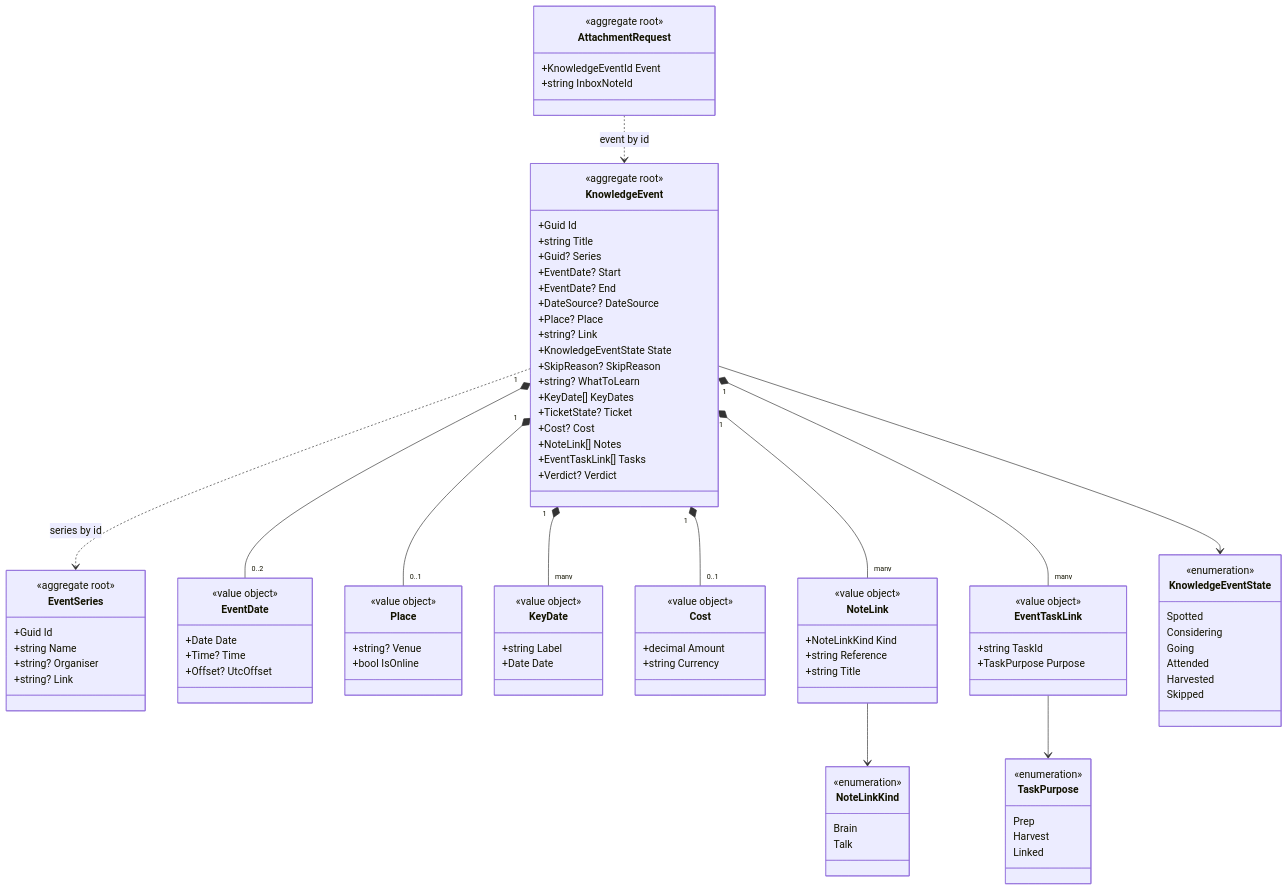
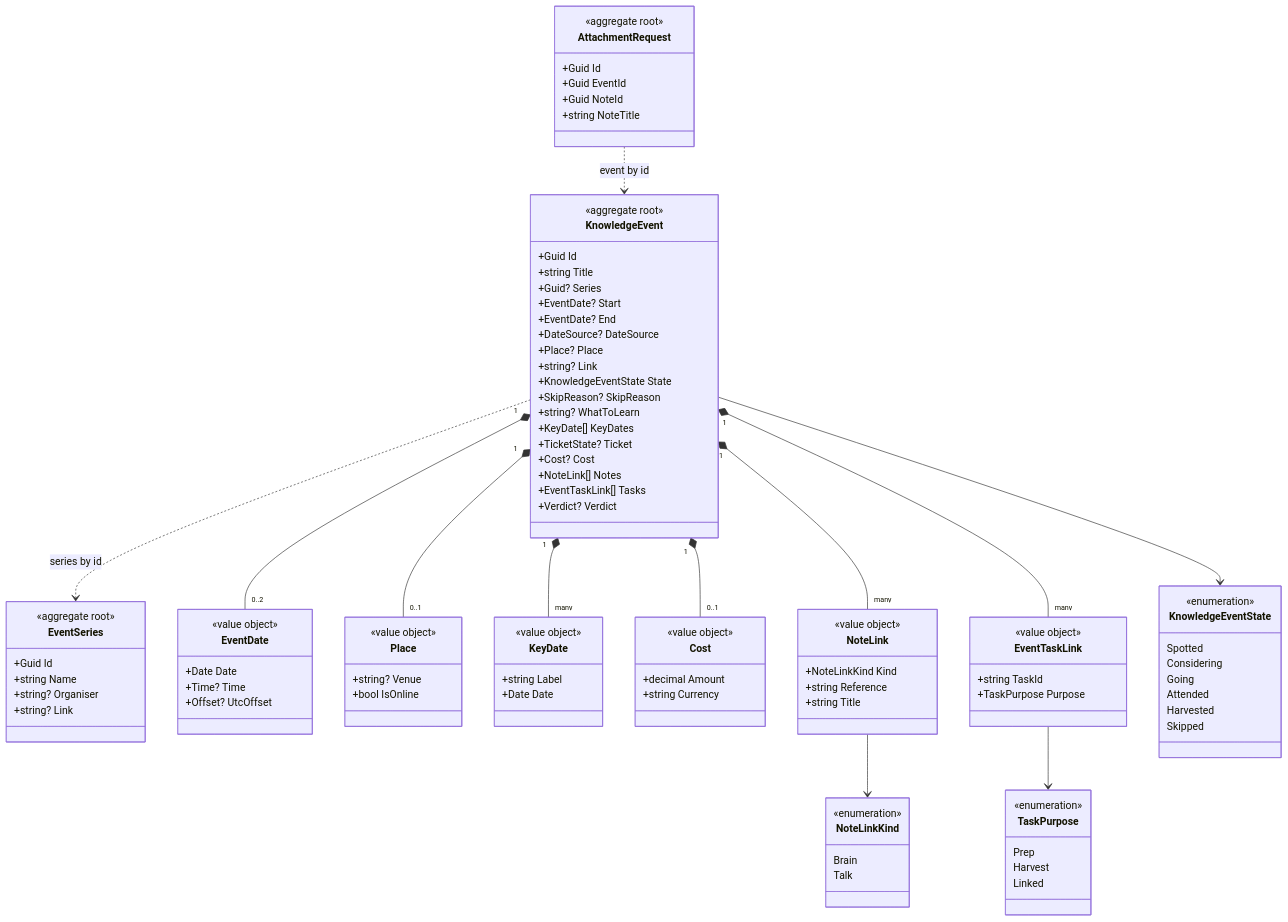
One commit to JSdotNet/Backlog changed the diagram in .devbook/domain/events/model.md. Above: the diagram before and after it, drawn with Mermaid. The commit also changed other lines of this file and 14 other files, not shown here.

```diff
--- a/.devbook/domain/events/model.md
+++ b/.devbook/domain/events/model.md
@@ -44,8 +44,10 @@
 
     class AttachmentRequest {
         <<aggregate root>>
-        +KnowledgeEventId Event
-        +string InboxNoteId
+        +Guid Id
+        +Guid EventId
+        +Guid NoteId
+        +string NoteTitle
     }
 
     class EventDate {
```
